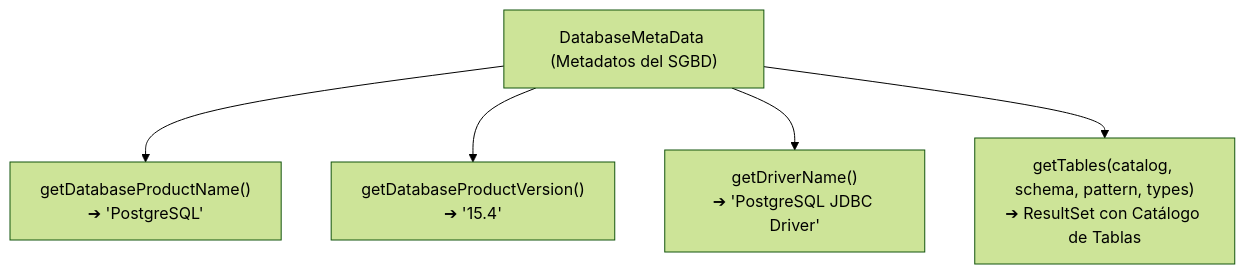
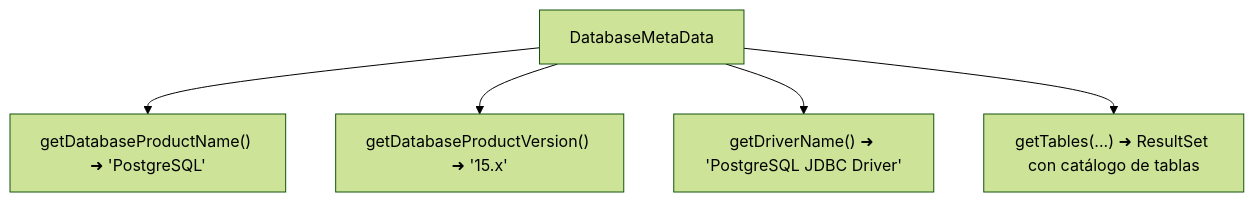
Before and after one commit to fencgut961/AAD_26_27: the tenth of 14 diagrams in RA2/ra2-manejor-conectores.md, drawn with Mermaid (forest theme). The commit also changed other lines of this file, not shown here.

````diff
--- a/RA2/ra2-manejor-conectores.md
+++ b/RA2/ra2-manejor-conectores.md
@@ -675,8 +672,8 @@
 ```mermaid
 graph TD
-    DBMD["DatabaseMetaData (Metadatos del SGBD)"]
-    DBMD --> P1["getDatabaseProductName()<br/>➔ 'PostgreSQL'"]
-    DBMD --> P2["getDatabaseProductVersion()<br/>➔ '15.4'"]
-    DBMD --> P3["getDriverName()<br/>➔ 'PostgreSQL JDBC Driver'"]
-    DBMD --> P4["getTables(catalog, schema, pattern, types)<br/>➔ ResultSet con Catálogo de Tablas"]
+    Meta["DatabaseMetaData"]
+    Meta --> P1["getDatabaseProductName() ➜ 'PostgreSQL'"]
+    Meta --> P2["getDatabaseProductVersion() ➜ '15.x'"]
+    Meta --> P3["getDriverName() ➜ 'PostgreSQL JDBC Driver'"]
+    Meta --> P4["getTables(...) ➜ ResultSet con catálogo de tablas"]
 ```
````
